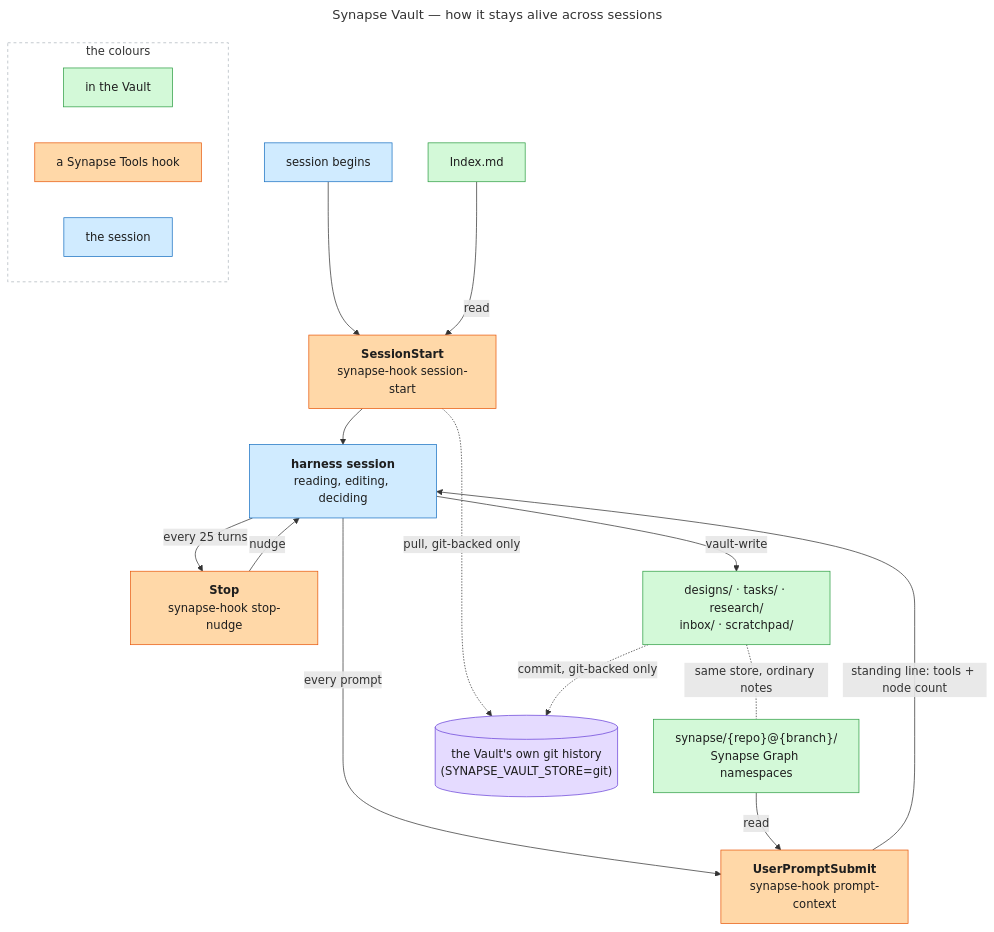
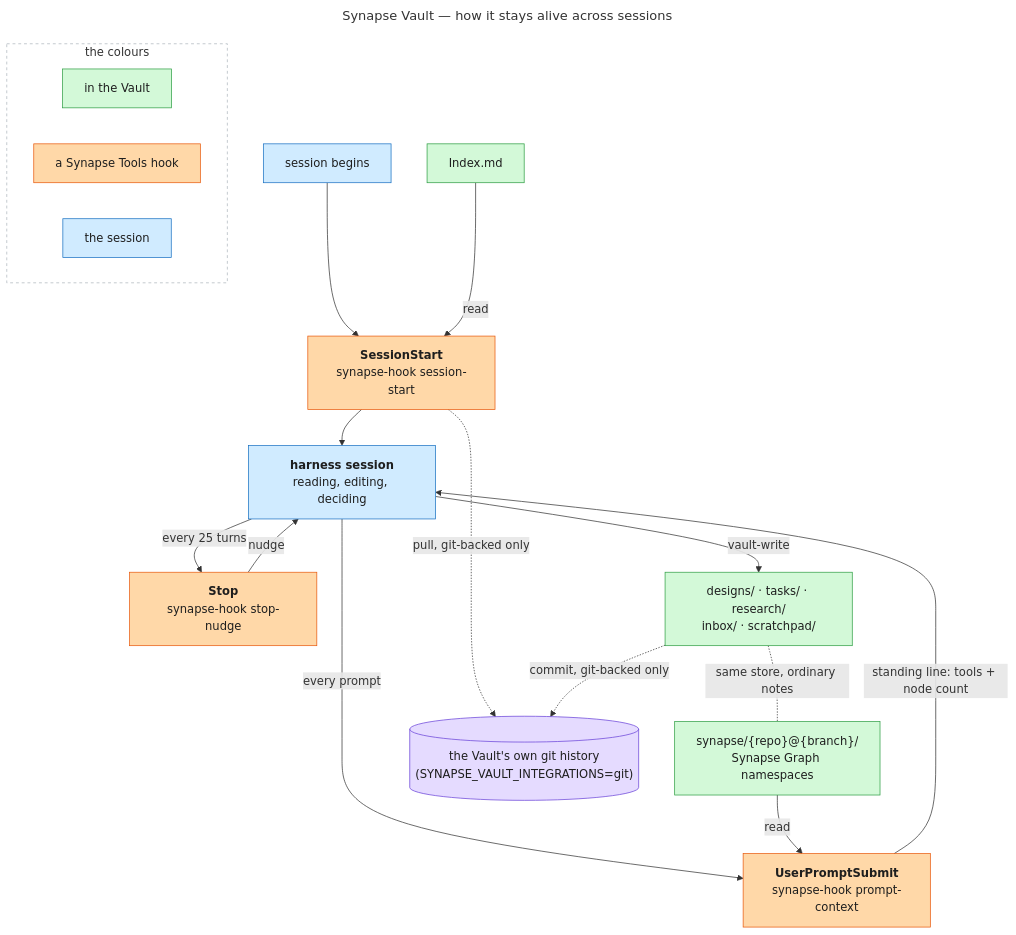
Before and after one commit to imunitic/synapse: the diagram in docs/synapse/diagrams/synapse-vault-overview.mmd, drawn with Mermaid. The commit also changed 27 other files, not shown here.

```diff
--- a/docs/synapse/diagrams/synapse-vault-overview.mmd
+++ b/docs/synapse/diagrams/synapse-vault-overview.mmd
@@ -1,57 +1,57 @@
 ---
 title: Synapse Vault — how it stays alive across sessions
 ---
 %% Kept deliberately flat: NO subgraph for the Vault. Mermaid drew its cluster box
 %% around the hooks and the session too, which reads as "these live inside the
 %% Vault" -- false. Colour carries membership instead, and edge labels are held
 %% to two or three words. Long labels on crossing edges land on top of boxes.
 %% -- Boxes carry NAMES. What each hook actually does is in the reference table
 %% under this diagram in docs/synapse-vault.md: a rectangle holding five lines of
 %% mechanism is a paragraph in a box, unreadable at exactly the glance a diagram
 %% exists to serve.
 flowchart TB
     classDef hook fill:#ffd8a8,stroke:#e8590c,color:#1e1e1e
     classDef vault fill:#d3f9d8,stroke:#2f9e44,color:#1e1e1e
     classDef session fill:#d0ebff,stroke:#1971c2,color:#1e1e1e
     classDef store fill:#e5dbff,stroke:#6741d9,color:#1e1e1e
 
     BEGIN["session begins"]
     H1["<b>SessionStart</b><br/>synapse-hook session-start"]
     WORK["<b>harness session</b><br/>reading, editing, deciding"]
     H2["<b>Stop</b><br/>synapse-hook stop-nudge"]
     H4["<b>UserPromptSubmit</b><br/>synapse-hook prompt-context"]
 
     IDX["Index.md"]
     FOLDERS["designs/ · tasks/ · research/<br/>inbox/ · scratchpad/"]
     SYN["synapse/{repo}@{branch}/<br/>Synapse Graph namespaces"]
-    GIT[("the Vault's own git history<br/>(SYNAPSE_VAULT_STORE=git)")]
+    GIT[("the Vault's own git history<br/>(SYNAPSE_VAULT_INTEGRATIONS=git)")]
 
     BEGIN --> H1
     IDX -->|"read"| H1
     H1 --> WORK
     H1 -.->|"pull, git-backed only"| GIT
     WORK -->|"every 25 turns"| H2
     H2 -->|"nudge"| WORK
     WORK -->|"every prompt"| H4
     SYN -->|"read"| H4
     H4 -->|"standing line: tools + node count"| WORK
     WORK -->|"vault-write"| FOLDERS
     FOLDERS -.->|"commit, git-backed only"| GIT
 
     class H1,H2,H4 hook
     class IDX,FOLDERS,SYN vault
     class BEGIN,WORK session
     class GIT store
 
     FOLDERS -.-|"same store, ordinary notes"| SYN
 
     subgraph KEY["the colours"]
         direction LR
         K1["in the Vault"]
         K2["a Synapse Tools hook"]
         K3["the session"]
     end
     class K1 vault
     class K2 hook
     class K3 session
     style KEY fill:#ffffff,stroke:#adb5bd,stroke-dasharray:4 4
```
